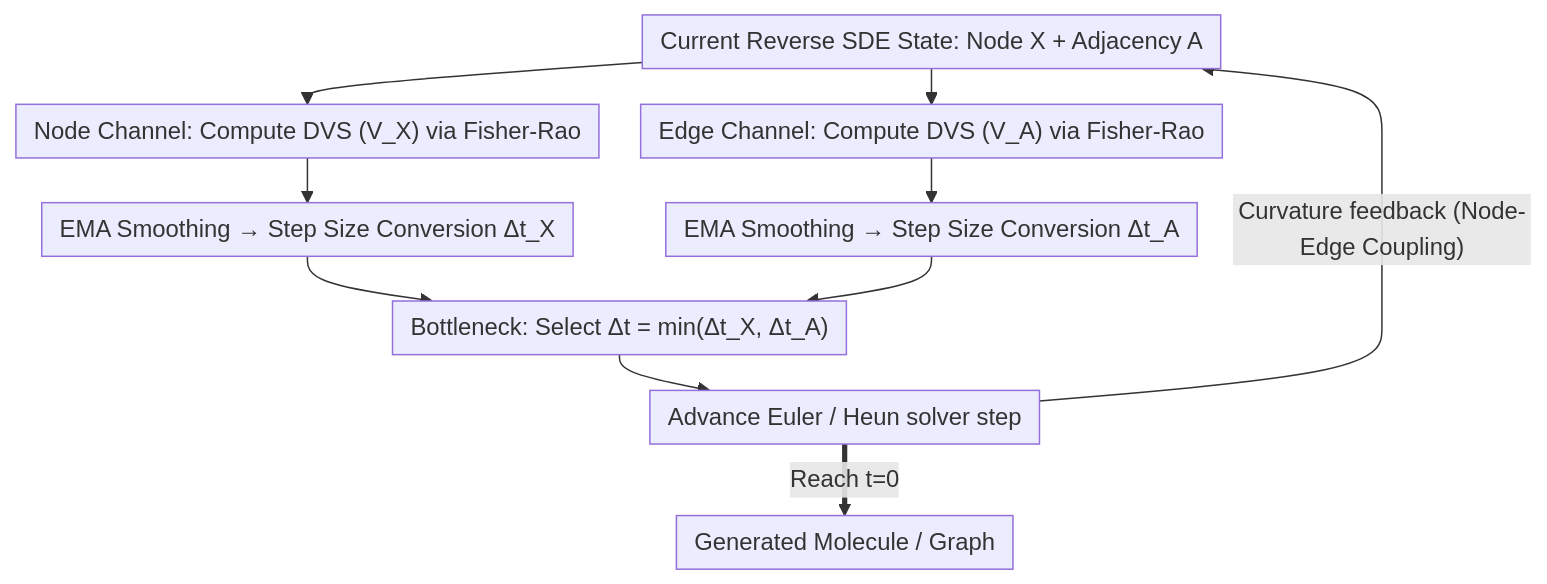
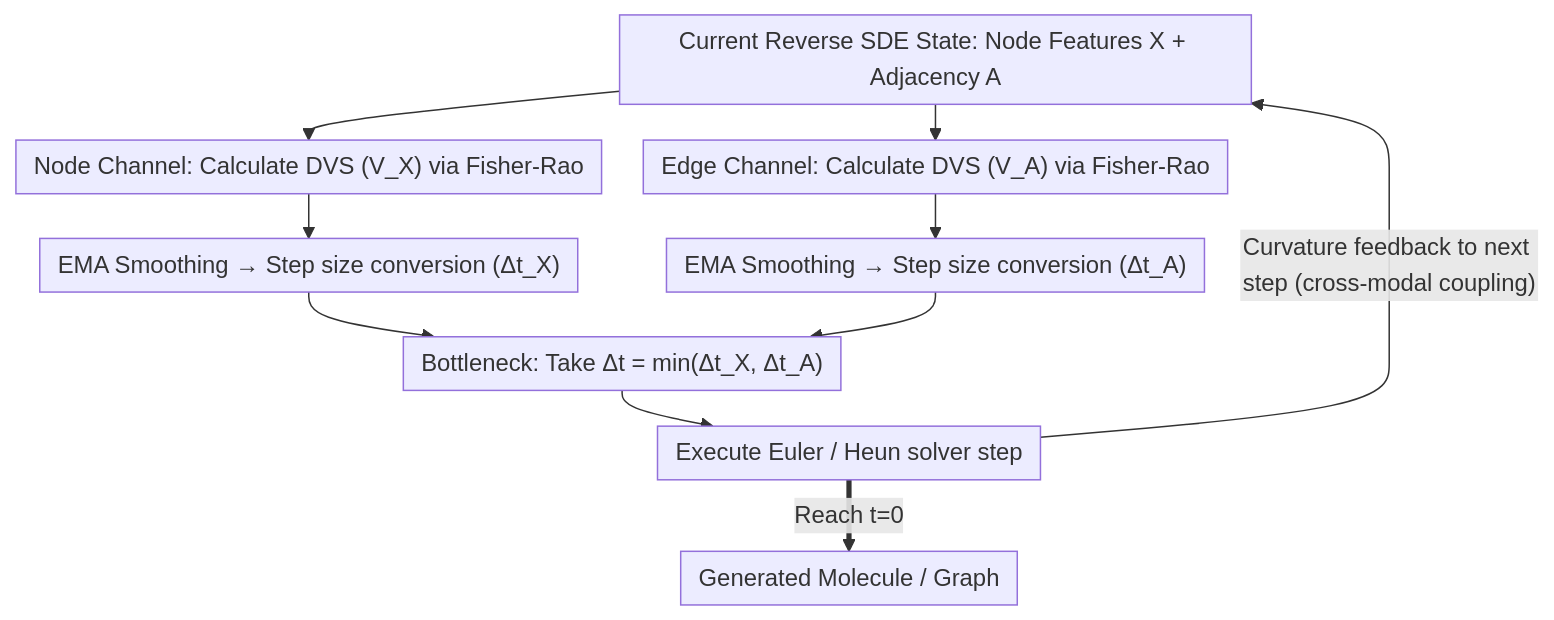
The diagram in docs/ICML2026/image_generation/information-geometric_adaptive_sampling_for_graph_diffusion.md (zhaoyang97/Paper-Notes-en), drawn with Mermaid before and after one commit. The commit also changed other lines of this file and 5084 other files, not shown here.

````diff
--- a/docs/ICML2026/image_generation/information-geometric_adaptive_sampling_for_graph_diffusion.md
+++ b/docs/ICML2026/image_generation/information-geometric_adaptive_sampling_for_graph_diffusion.md
@@ -42,13 +42,13 @@
 ```mermaid
 %%{init: {'flowchart': {'rankSpacing': 24, 'nodeSpacing': 28, 'padding': 6, 'wrappingWidth': 400}}}%%
 flowchart TD
-    A["Current Reverse SDE State: Node X + Adjacency A"] --> B["Node Channel: Compute DVS (V_X) via Fisher-Rao"]
-    A --> C["Edge Channel: Compute DVS (V_A) via Fisher-Rao"]
-    B --> D["EMA Smoothing → Step Size Conversion Δt_X"]
-    C --> E["EMA Smoothing → Step Size Conversion Δt_A"]
-    D --> F["Bottleneck: Select Δt = min(Δt_X, Δt_A)"]
+    A["Current Reverse SDE State: Node Features X + Adjacency A"] --> B["Node Channel: Calculate DVS (V_X) via Fisher-Rao"]
+    A --> C["Edge Channel: Calculate DVS (V_A) via Fisher-Rao"]
+    B --> D["EMA Smoothing → Step size conversion (Δt_X)"]
+    C --> E["EMA Smoothing → Step size conversion (Δt_A)"]
+    D --> F["Bottleneck: Take Δt = min(Δt_X, Δt_A)"]
     E --> F
-    F --> G["Advance Euler / Heun solver step"]
-    G -->|"Curvature feedback (Node-Edge Coupling)"| A
+    F --> G["Execute Euler / Heun solver step"]
+    G -->|"Curvature feedback to next step (cross-modal coupling)"| A
     G ==>|"Reach t=0"| H["Generated Molecule / Graph"]
 ```
````
